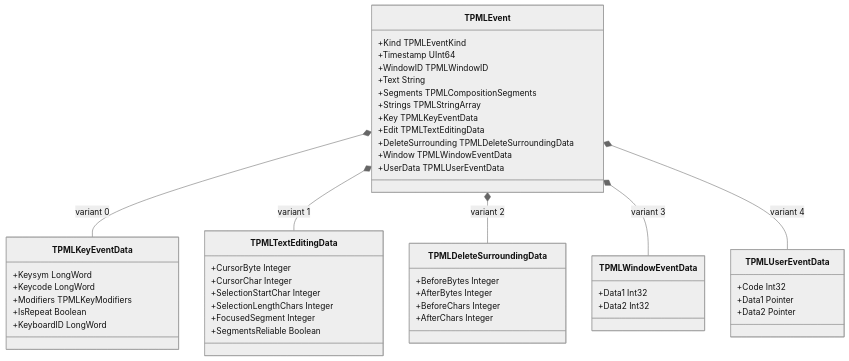
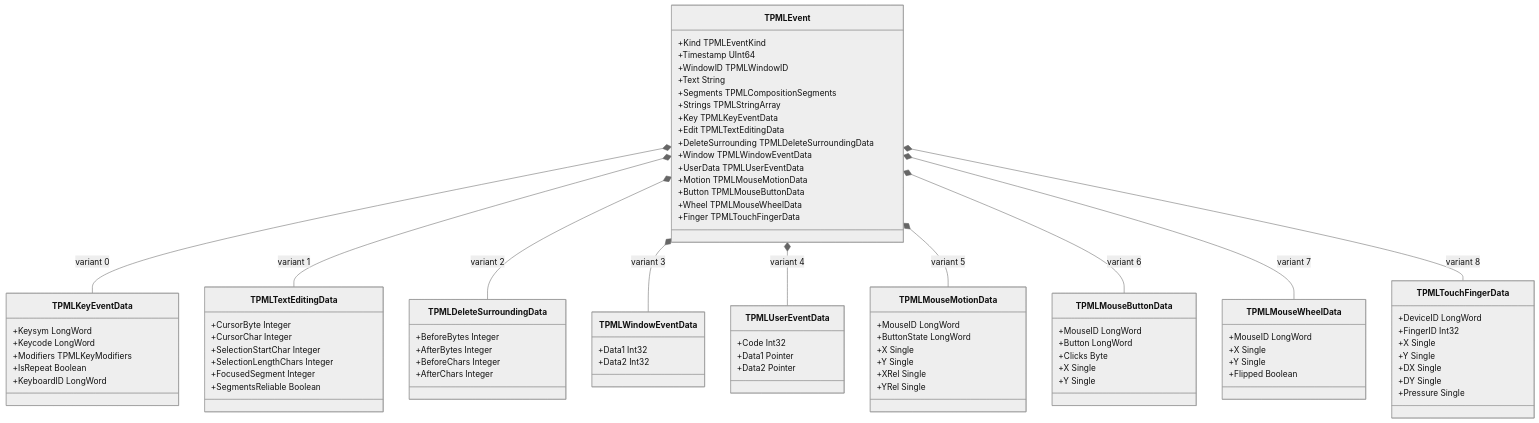
The first of 2 diagrams in docs/diagrams/event-model.md (tankoha/papimela), drawn with Mermaid (neutral theme) before and after one commit. The commit also changed other lines of this file and 15 other files, not shown here.

````diff
--- a/docs/diagrams/event-model.md
+++ b/docs/diagrams/event-model.md
@@ -38,6 +39,10 @@
         +DeleteSurrounding TPMLDeleteSurroundingData
         +Window TPMLWindowEventData
         +UserData TPMLUserEventData
+        +Motion TPMLMouseMotionData
+        +Button TPMLMouseButtonData
+        +Wheel TPMLMouseWheelData
+        +Finger TPMLTouchFingerData
     }
     class TPMLKeyEventData {
         +Keysym LongWord
@@ -69,10 +74,44 @@
         +Data1 Pointer
         +Data2 Pointer
     }
+    class TPMLMouseMotionData {
+        +MouseID LongWord
+        +ButtonState LongWord
+        +X Single
+        +Y Single
+        +XRel Single
+        +YRel Single
+    }
+    class TPMLMouseButtonData {
+        +MouseID LongWord
+        +Button LongWord
+        +Clicks Byte
+        +X Single
+        +Y Single
+    }
+    class TPMLMouseWheelData {
+        +MouseID LongWord
+        +X Single
+        +Y Single
+        +Flipped Boolean
+    }
+    class TPMLTouchFingerData {
+        +DeviceID LongWord
+        +FingerID Int32
+        +X Single
+        +Y Single
+        +DX Single
+        +DY Single
+        +Pressure Single
+    }
 
     TPMLEvent *-- TPMLKeyEventData : variant 0
     TPMLEvent *-- TPMLTextEditingData : variant 1
     TPMLEvent *-- TPMLDeleteSurroundingData : variant 2
     TPMLEvent *-- TPMLWindowEventData : variant 3
     TPMLEvent *-- TPMLUserEventData : variant 4
+    TPMLEvent *-- TPMLMouseMotionData : variant 5
+    TPMLEvent *-- TPMLMouseButtonData : variant 6
+    TPMLEvent *-- TPMLMouseWheelData : variant 7
+    TPMLEvent *-- TPMLTouchFingerData : variant 8
 ```
````
